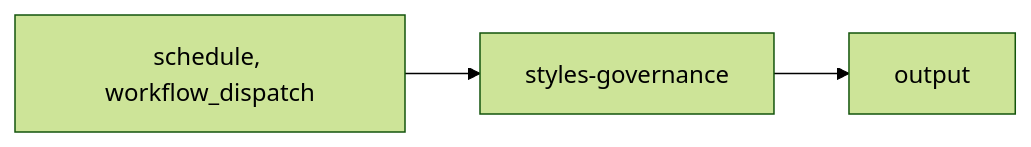
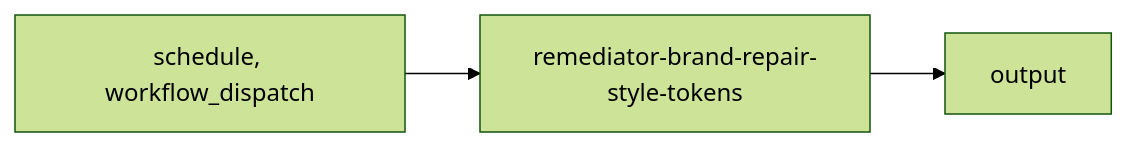
Before and after one commit to livepeer/docs: the diagram in .github/workspace/actions-library/remediators/brand/remediator-brand-repair-style-tokens.mdx, drawn with Mermaid (forest theme). The commit also changed other lines of this file and 2753 other files, not shown here.

````diff
--- a/.github/workspace/actions-library/remediators/brand/remediator-brand-repair-style-tokens.mdx
+++ b/.github/workspace/actions-library/remediators/brand/remediator-brand-repair-style-tokens.mdx
@@ -43,5 +43,5 @@
 ```mermaid
 graph LR
-    TRIGGER["schedule, workflow_dispatch"] --> WF["styles-governance"]
+    TRIGGER["schedule, workflow_dispatch"] --> WF["remediator-brand-repair-style-tokens"]
     WF --> OUTPUT["output"]
 ```
````
